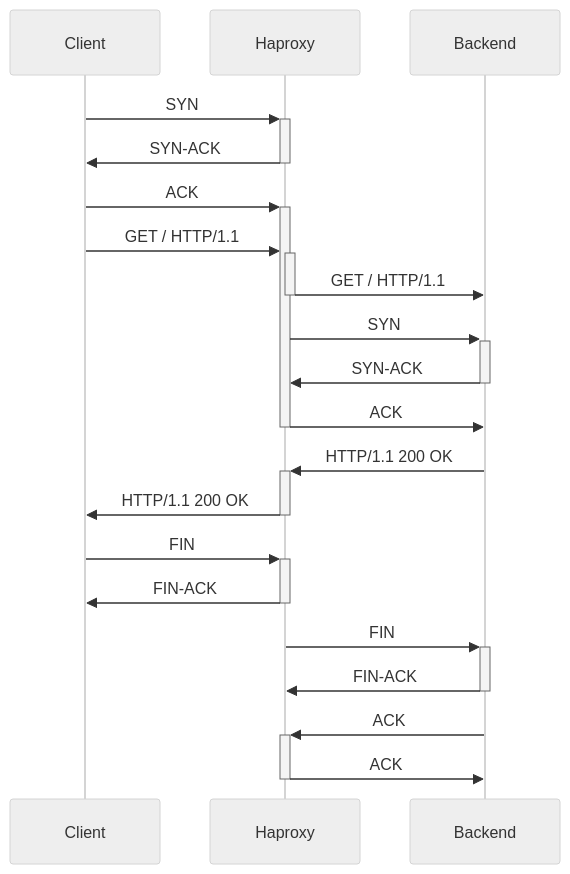
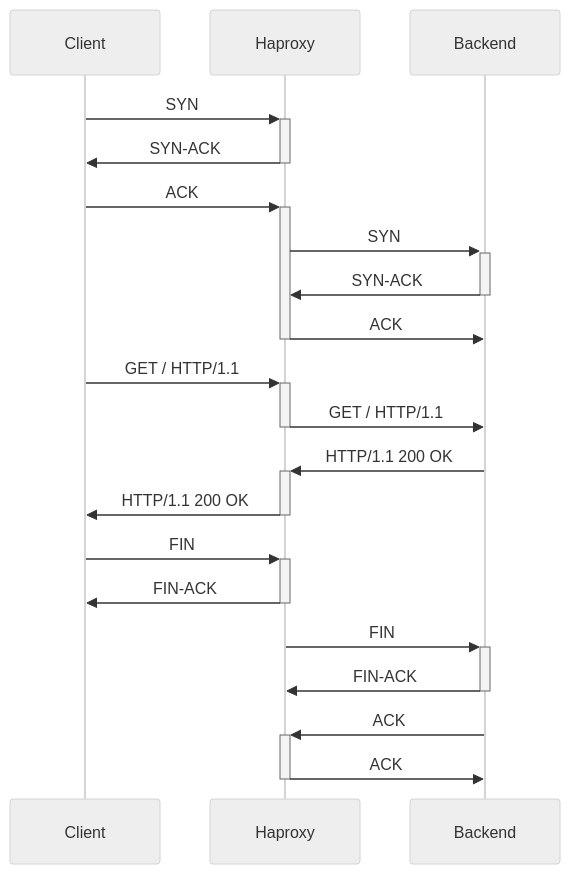
Before and after one commit to Scotchman0/haproxy-flow-machine: the fourth of 4 diagrams in README.md, drawn with Mermaid (neutral theme).

````diff
--- a/README.md
+++ b/README.md
@@ -76,25 +76,26 @@
 ```mermaid
 sequenceDiagram
     participant Client
     participant Haproxy
     participant Backend
 
     Client->>+Haproxy: SYN
     Haproxy->>-Client: SYN-ACK
     Client->>+Haproxy: ACK
 
-    Client->>+Haproxy: GET / HTTP/1.1
-    Haproxy->>-Backend: GET / HTTP/1.1
+
     Haproxy->>+Backend: SYN
     Backend->>-Haproxy: SYN-ACK
     Haproxy->>-Backend: ACK
+    Client->>+Haproxy: GET / HTTP/1.1
+    Haproxy->>-Backend: GET / HTTP/1.1
     Backend->>+Haproxy: HTTP/1.1 200 OK
     Haproxy->>-Client: HTTP/1.1 200 OK
 
     Client->>+Haproxy: FIN
     Haproxy->>-Client: FIN-ACK
     Haproxy->>+Backend: FIN
     Backend->>-Haproxy: FIN-ACK
     Backend->>+Haproxy: ACK
     Haproxy->>-Backend: ACK
 ```
````
